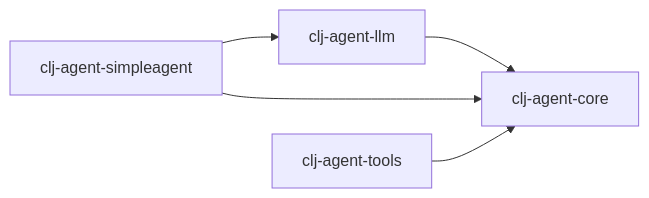
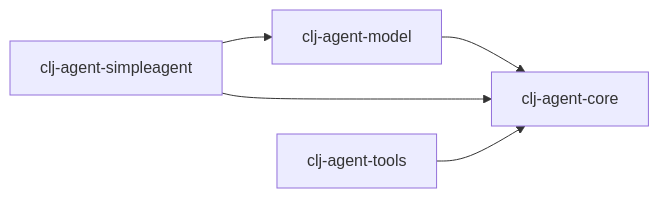
Before and after one commit to TTalkPro/clj-agent: the diagram in modules/README.md, drawn with Mermaid. The commit also changed other lines of this file and 6 other files, not shown here.

````diff
--- a/modules/README.md
+++ b/modules/README.md
@@ -119,12 +119,12 @@
 ```mermaid
 graph LR
     core[clj-agent-core]
-    llm[clj-agent-llm]
+    llm[clj-agent-model]
     sa[clj-agent-simpleagent]
     tools[clj-agent-tools]
 
     llm --> core
     sa --> core
     sa --> llm
     tools --> core
 ```
````
